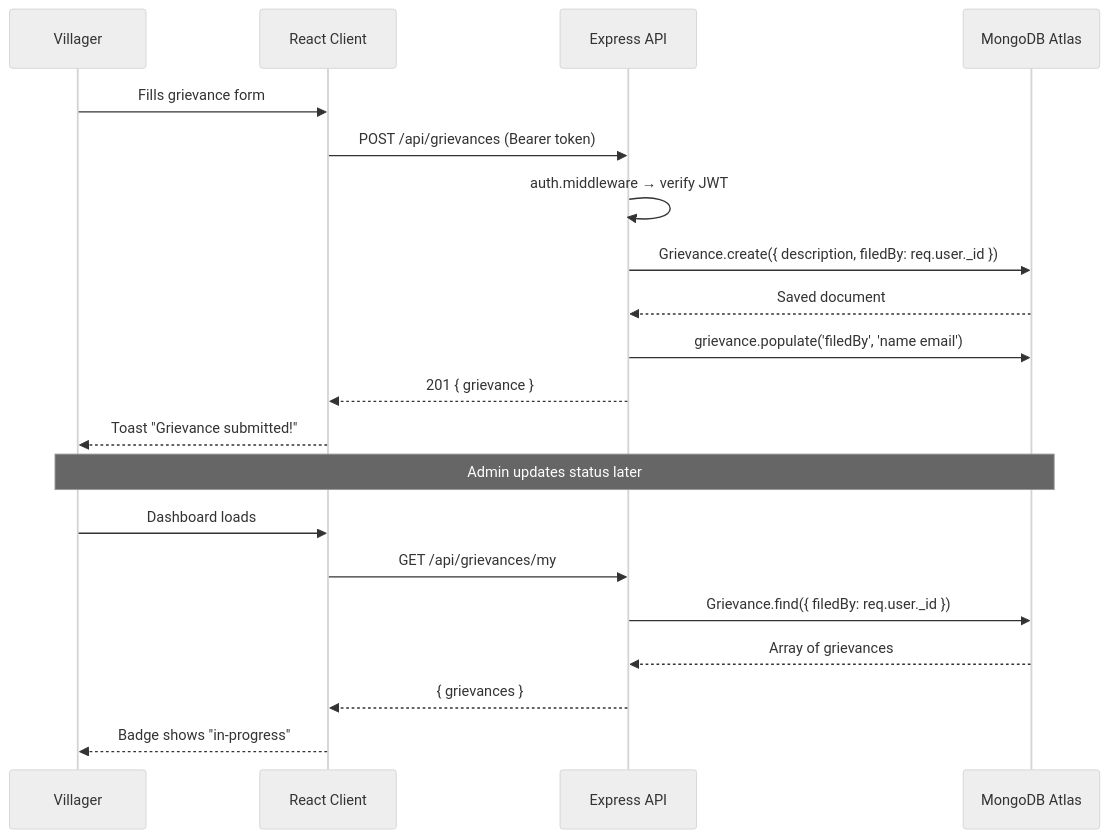
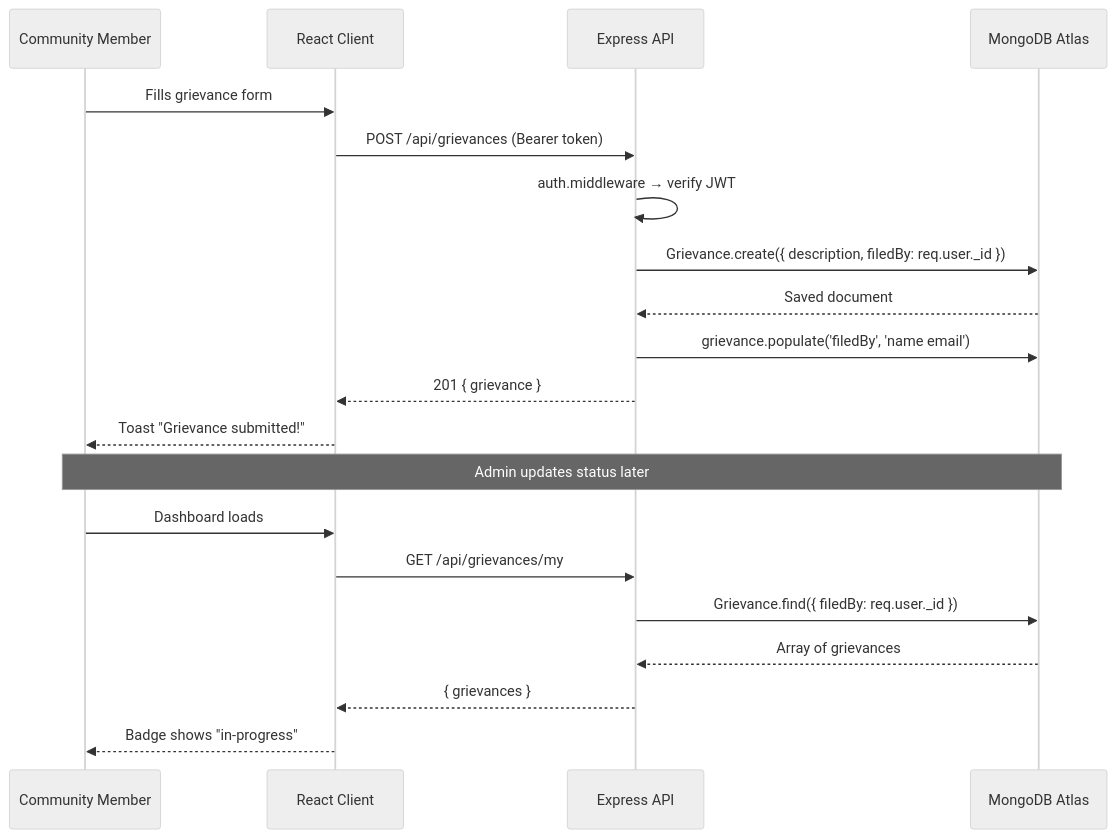
Before and after one commit to himanthkumar1143/PeopleConnect: the diagram in README.md, drawn with Mermaid (neutral theme). The commit also changed other lines of this file and 55 other files, not shown here.

````diff
--- a/README.md
+++ b/README.md
@@ -325,25 +325,25 @@
 ```mermaid
 sequenceDiagram
-    participant V as Villager
+    participant V as Community Member
     participant C as React Client
     participant API as Express API
     participant DB as MongoDB Atlas
 
     V->>C: Fills grievance form
     C->>API: POST /api/grievances (Bearer token)
     API->>API: auth.middleware → verify JWT
     API->>DB: Grievance.create({ description, filedBy: req.user._id })
     DB-->>API: Saved document
     API->>DB: grievance.populate('filedBy', 'name email')
     API-->>C: 201 { grievance }
     C-->>V: Toast "Grievance submitted!"
 
     Note over V,DB: Admin updates status later
 
     V->>C: Dashboard loads
     C->>API: GET /api/grievances/my
     API->>DB: Grievance.find({ filedBy: req.user._id })
     DB-->>API: Array of grievances
     API-->>C: { grievances }
     C-->>V: Badge shows "in-progress"
 ```
````
